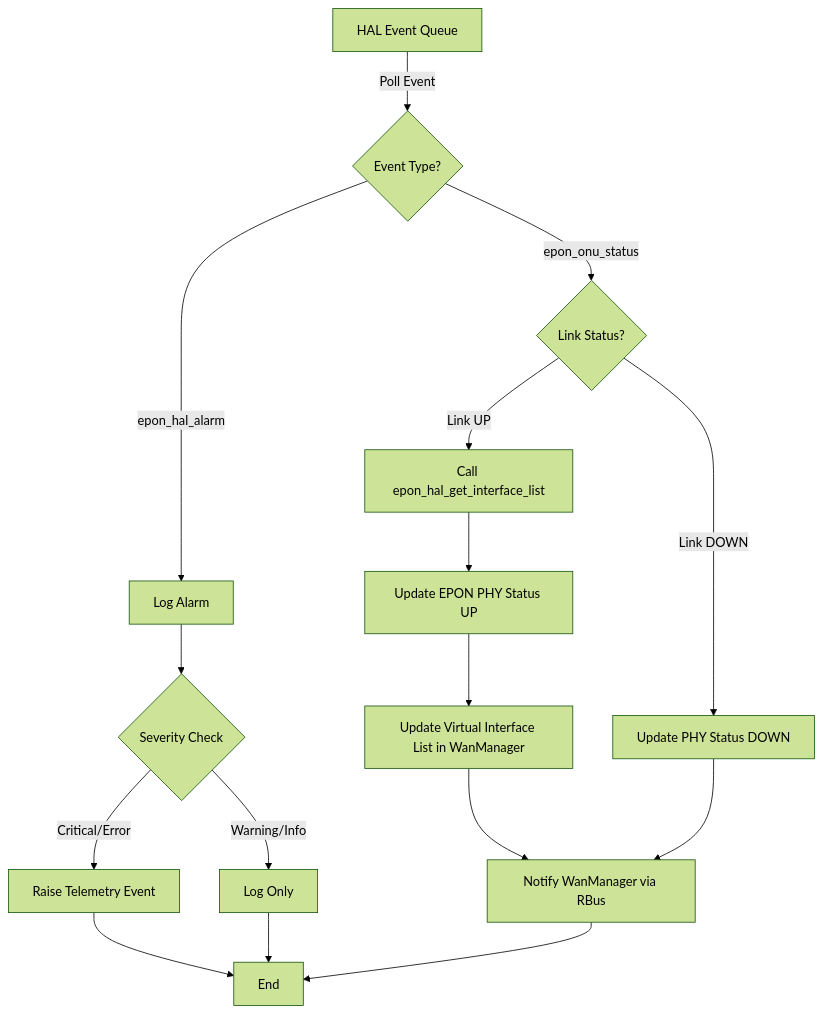
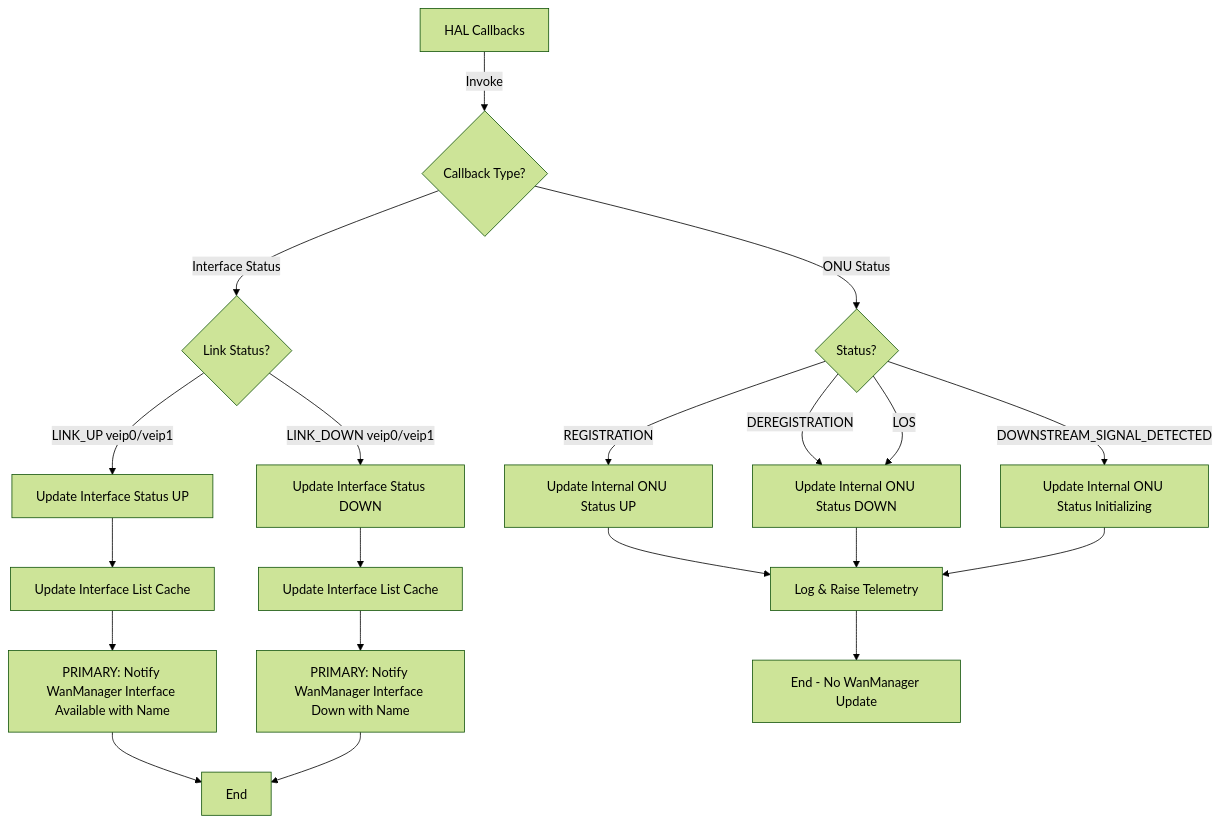
One commit to rdkcentral/epon-manager changed the first of 4 diagrams in design_docs/03_Component_Design.md. Above: the diagram before and after it, drawn with Mermaid (forest theme). The commit also changed other lines of this file and 3 other files, not shown here.

First line of the commit message:
refactor: Update design docs for callback-based HAL architecture

````diff
--- a/design_docs/03_Component_Design.md
+++ b/design_docs/03_Component_Design.md
@@ -52,23 +90,28 @@
 ```mermaid
 flowchart TD
-    A[HAL Event Queue] -->|Poll Event| B{Event Type?}
-    B -->|epon_onu_status| C{Link Status?}
-    B -->|epon_hal_alarm| D[Log Alarm]
+    A[HAL Callbacks] -->|Invoke| B{Callback Type?}
+    B -->|ONU Status| C{Status?}
+    B -->|Interface Status| D{Link Status?}
     
-    C -->|Link UP| E[Call epon_hal_get_interface_list]
-    C -->|Link DOWN| F[Update PHY Status DOWN]
+    C -->|REGISTRATION| E[Update Internal ONU Status UP]
+    C -->|DEREGISTRATION| F[Update Internal ONU Status DOWN]
+    C -->|LOS| F
+    C -->|DOWNSTREAM_SIGNAL_DETECTED| G[Update Internal ONU Status Initializing]
     
-    E --> G[Update EPON PHY Status UP]
-    G --> H[Update Virtual Interface List in WanManager]
-    H --> I[Notify WanManager via RBus]
+    D -->|LINK_UP veip0/veip1| H[Update Interface Status UP]
+    D -->|LINK_DOWN veip0/veip1| I[Update Interface Status DOWN]
     
-    F --> I
+    E --> J[Log & Raise Telemetry]
+    F --> J
+    G --> J
     
-    D --> J{Severity Check}
-    J -->|Critical/Error| K[Raise Telemetry Event]
-    J -->|Warning/Info| L[Log Only]
+    H --> L[Update Interface List Cache]
+    L --> M[PRIMARY: Notify WanManager Interface Available with Name]
     
-    K --> M[End]
-    L --> M
-    I --> M
+    I --> N[Update Interface List Cache]
+    N --> O[PRIMARY: Notify WanManager Interface Down with Name]
+    
+    J --> P[End - No WanManager Update]
+    M --> Q[End]
+    O --> Q
 ```
````
